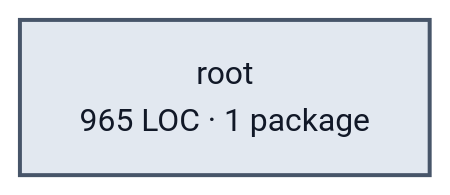
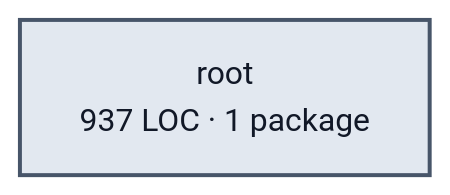
One commit to portpowered/you-agent-factory changed the diagram in docs/architecture/visualizations/services/edges.md. Above: the diagram before and after it, drawn with Mermaid. The commit also changed other lines of this file and 20 other files, not shown here.

Commit message:
docs: refresh backend architecture visualizations

````diff
--- a/docs/architecture/visualizations/services/edges.md
+++ b/docs/architecture/visualizations/services/edges.md
@@ -11,5 +11,5 @@
 ```mermaid
 flowchart LR
-  p0["root<br/>965 LOC · 1 package"]
+  p0["root<br/>937 LOC · 1 package"]
   style p0 fill:#e2e8f0,stroke:#475569,stroke-width:2px,color:#111827
 ```
````
